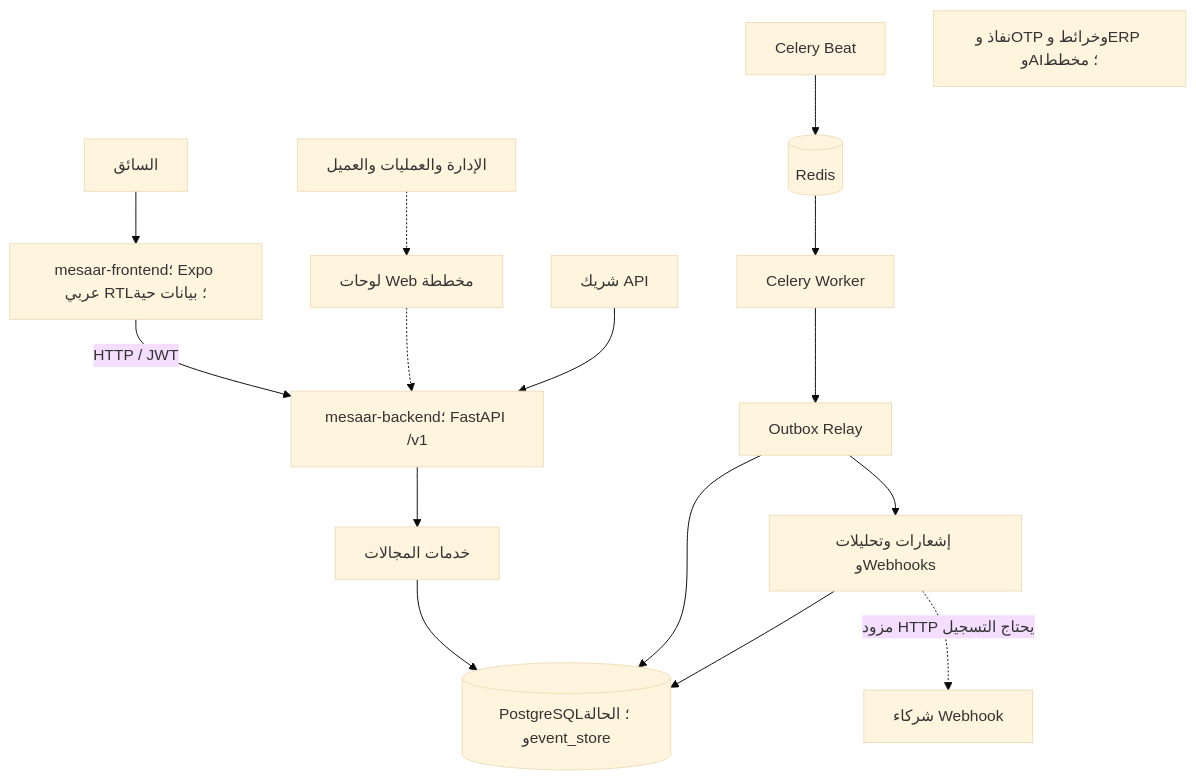
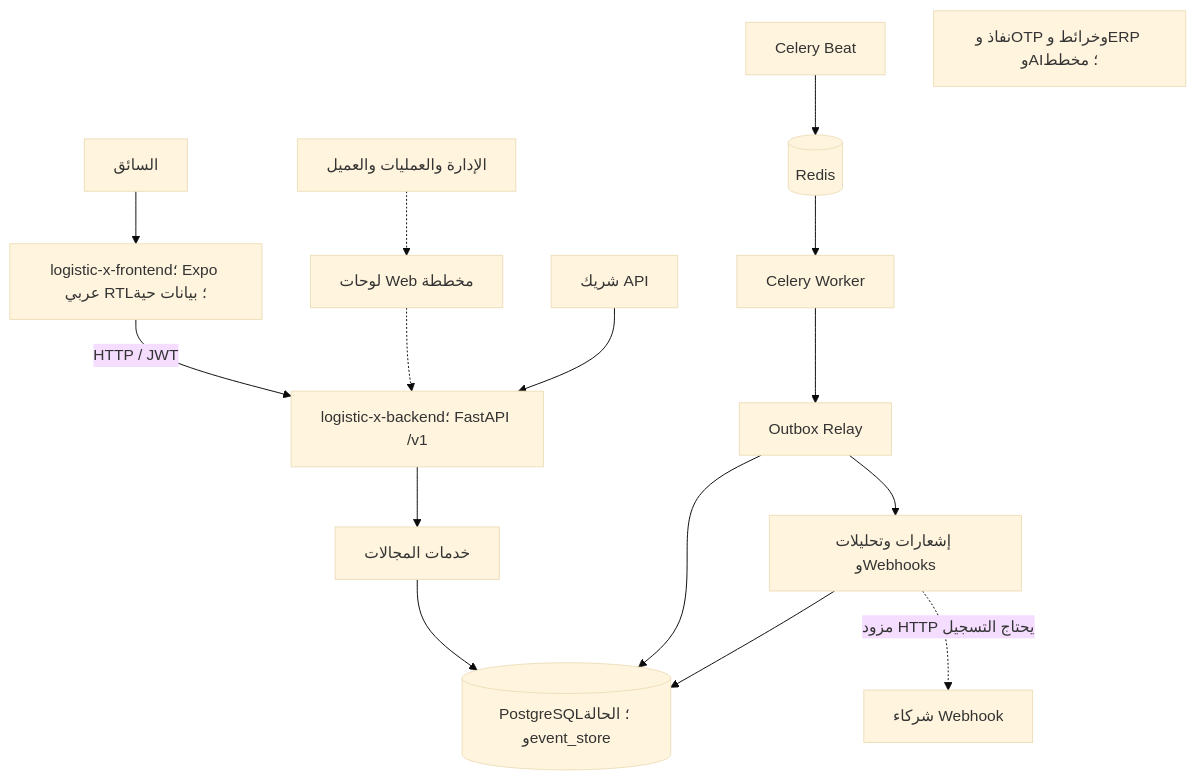
Before and after one commit to azowz/Logistics_Managemnt_System: the diagram in docs/diagrams/context.mmd, drawn with Mermaid (base theme). The commit also changed 512 other files, not shown here.

First line of the commit message:
refactor: rebrand Mesaar to Logistic X and add repository standards

```diff
--- a/docs/diagrams/context.mmd
+++ b/docs/diagrams/context.mmd
@@ -1,17 +1,17 @@
 %% السياق الحالي؛ الأسهم المتقطعة تمثل أجزاء مخططة أو غير موصولة.
 flowchart TB
-    driver[السائق] --> mobile[mesaar-frontend؛ Expo عربي RTL؛ بيانات حية]
+    driver[السائق] --> mobile[logistic-x-frontend؛ Expo عربي RTL؛ بيانات حية]
     staff[الإدارة والعمليات والعميل] -.-> web[لوحات Web مخططة]
-    mobile -- HTTP / JWT --> api[mesaar-backend؛ FastAPI /v1]
+    mobile -- HTTP / JWT --> api[logistic-x-backend؛ FastAPI /v1]
     web -.-> api
     partner[شريك API] --> api
     api --> services[خدمات المجالات]
     services --> db[(PostgreSQL؛ الحالة وevent_store)]
     beat[Celery Beat] --> redis[(Redis)]
     redis --> worker[Celery Worker]
     worker --> relay[Outbox Relay]
     relay --> db
     relay --> consumers[إشعارات وتحليلات وWebhooks]
     consumers --> db
     consumers -. مزود HTTP يحتاج التسجيل .-> external[شركاء Webhook]
     future[نفاذ وOTP وخرائط وERP وAI؛ مخطط]
```
